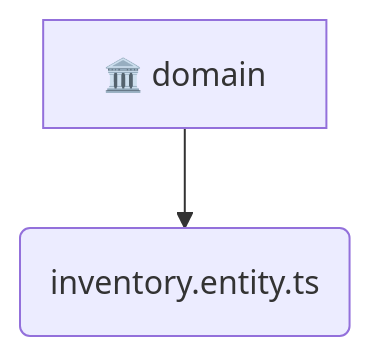
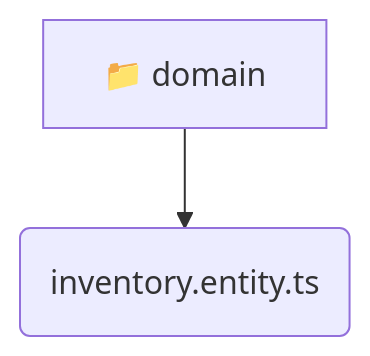
The diagram in backend/src/modules/inventory/domain/README.md (beginwebdev2002/fullstack-mavluda), drawn with Mermaid before and after one commit. The commit also changed other lines of this file and 155 other files, not shown here.

````diff
--- a/backend/src/modules/inventory/domain/README.md
+++ b/backend/src/modules/inventory/domain/README.md
@@ -9,5 +9,5 @@
 ```mermaid
 graph TD
-  domain[🏛️ domain]
-  domain --> inventory_entity_ts(inventory.entity.ts)
+  domain[📁 domain]
+  domain --> domain_inventory_entity_ts(inventory.entity.ts)
 ```
````
